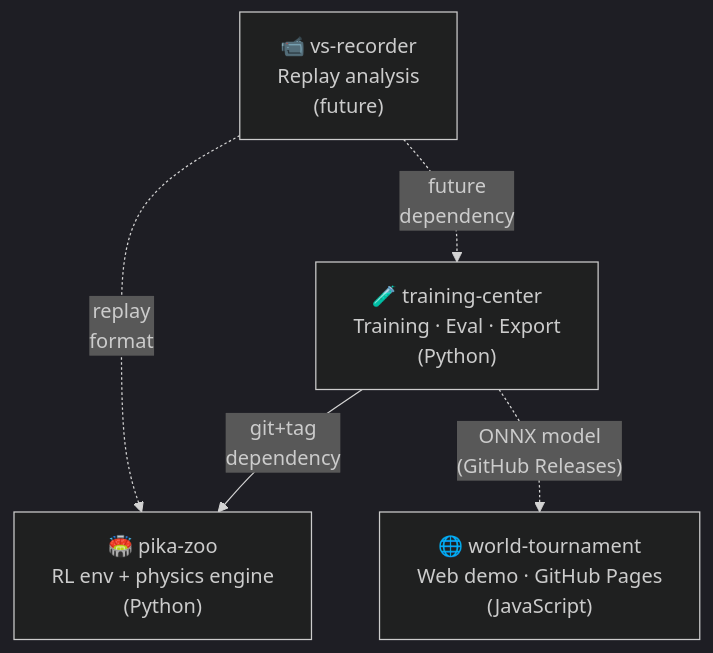
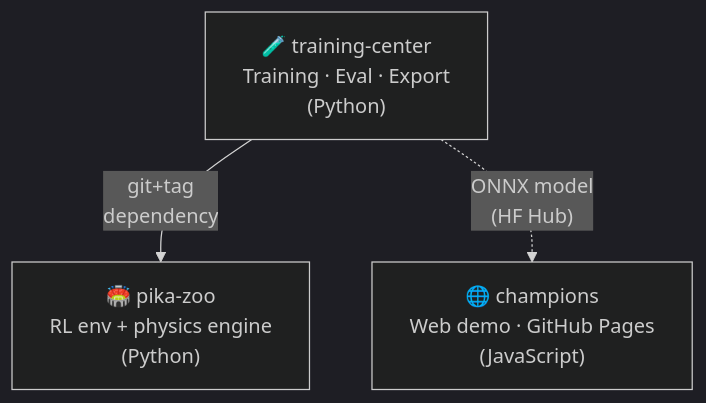
The diagram in profile/README.md (alphachu-volleyball/.github), drawn with Mermaid (dark theme) before and after one commit. The commit also changed other lines of this file and 1 other file, not shown here.

````diff
--- a/profile/README.md
+++ b/profile/README.md
@@ -18,12 +17,9 @@
 ```mermaid
 graph TD
     PZ["🏟️ pika-zoo\nRL env + physics engine\n(Python)"]
     TC["🧪 training-center\nTraining · Eval · Export\n(Python)"]
-    WT["🌐 world-tournament\nWeb demo · GitHub Pages\n(JavaScript)"]
-    VR["📹 vs-recorder\nReplay analysis\n(future)"]
+    CH["🌐 champions\nWeb demo · GitHub Pages\n(JavaScript)"]
 
     TC -- "git+tag\ndependency" --> PZ
-    TC -. "ONNX model\n(GitHub Releases)" .-> WT
-    VR -. "future\ndependency" .-> TC
-    VR -. "replay\nformat" .-> PZ
+    TC -. "ONNX model\n(HF Hub)" .-> CH
 ```
````
